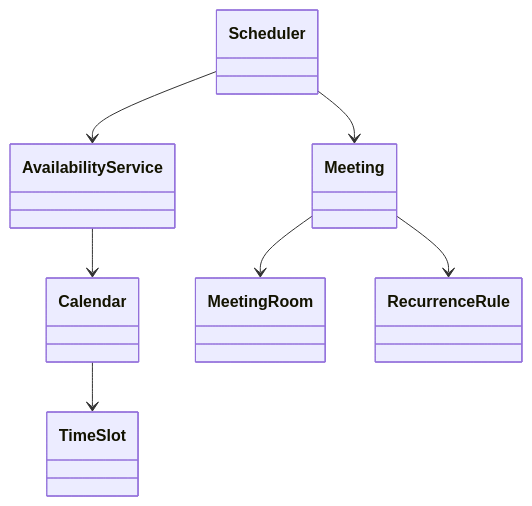
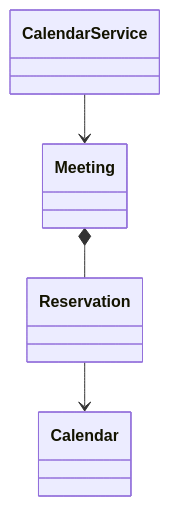
One commit to Anilinfo2015/anilinfo2015.github.io changed the diagram in low-level-design/meeting-scheduler-calendar.md. Above: the diagram before and after it, drawn with Mermaid. The commit also changed other lines of this file and 58 other files, not shown here.

````diff
--- a/low-level-design/meeting-scheduler-calendar.md
+++ b/low-level-design/meeting-scheduler-calendar.md
@@ -61,16 +25,10 @@
 ```mermaid
 classDiagram
-    class Scheduler
-    class AvailabilityService
+    class CalendarService
     class Calendar
     class Meeting
-    class TimeSlot
-    class MeetingRoom
-    class RecurrenceRule
-    Scheduler --> AvailabilityService
-    Scheduler --> Meeting
-    AvailabilityService --> Calendar
-    Calendar --> TimeSlot
-    Meeting --> MeetingRoom
-    Meeting --> RecurrenceRule
+    class Reservation
+    CalendarService --> Meeting
+    Meeting *-- Reservation
+    Reservation --> Calendar
 ```
````
